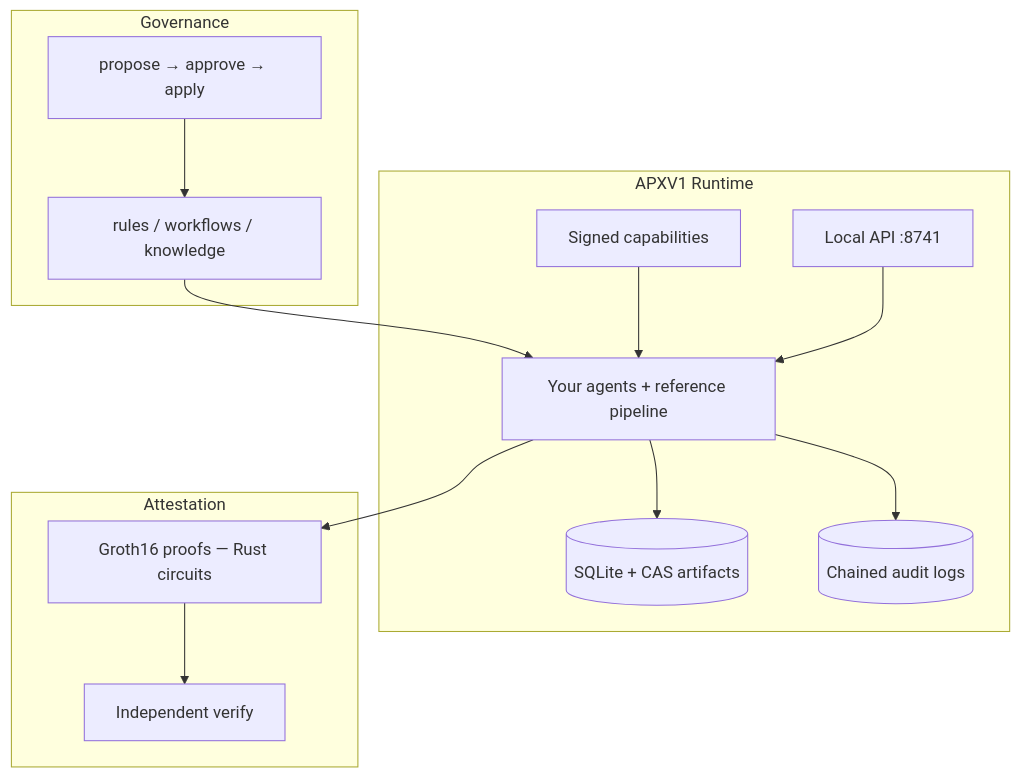
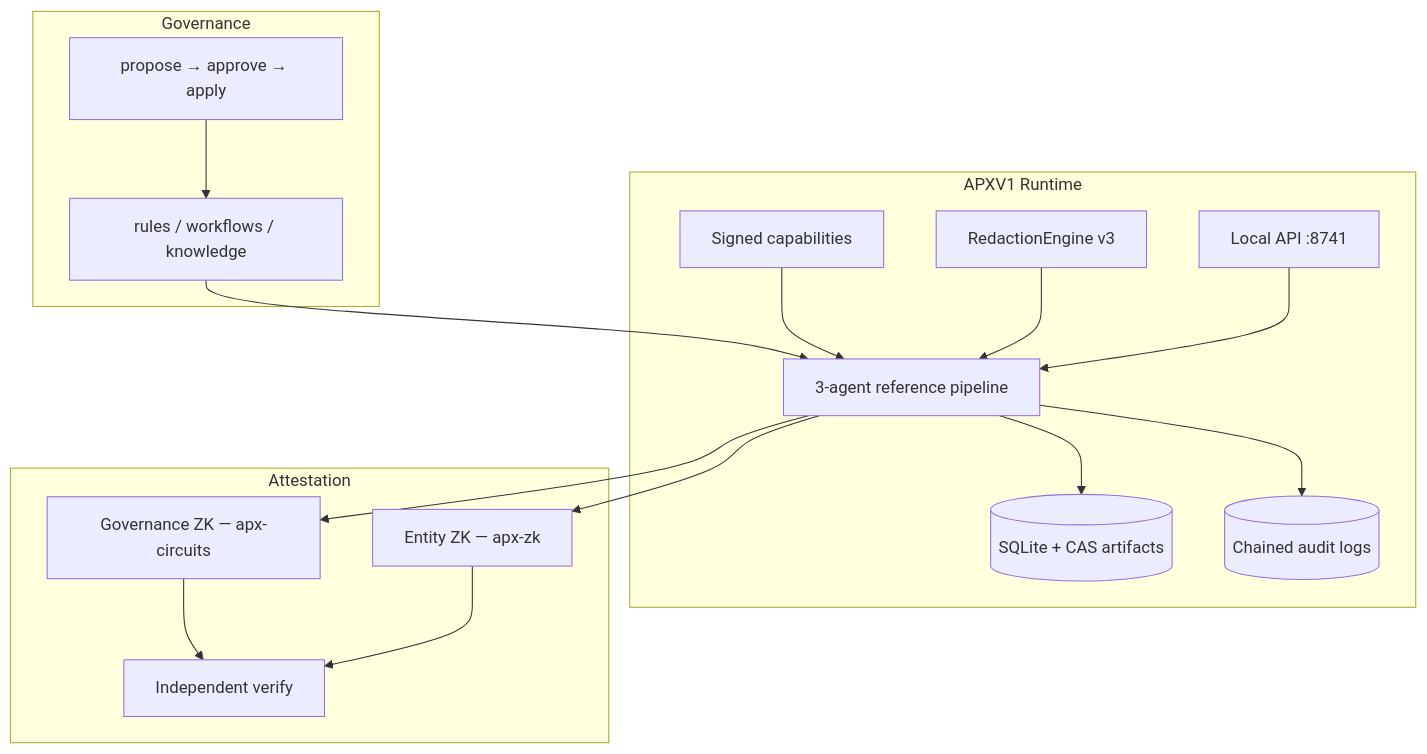
The diagram in README.md (APXV-Official/APXV), drawn with Mermaid before and after one commit. The commit also changed other lines of this file and 42 other files, not shown here.

````diff
--- a/README.md
+++ b/README.md
@@ -100,29 +112,34 @@
 ```mermaid
 flowchart TB
   subgraph governance [Governance]
     Rules[rules / workflows / knowledge]
     Approval[propose → approve → apply]
   end
 
   subgraph runtime [APXV1 Runtime]
     API[Local API :8741]
     Cap[Signed capabilities]
-    Agents[Your agents + reference pipeline]
+    Redact[RedactionEngine v3]
+    Agents[3-agent reference pipeline]
     Store[(SQLite + CAS artifacts)]
     Audit[(Chained audit logs)]
   end
 
   subgraph crypto [Attestation]
-    ZK[Groth16 proofs — Rust circuits]
+    ZKA[Governance ZK — apx-circuits]
+    ZKB[Entity ZK — apx-zk]
     Verify[Independent verify]
   end
 
   Rules --> Agents
   Approval --> Rules
   Cap --> Agents
+  Redact --> Agents
   Agents --> Store
   Agents --> Audit
-  Agents --> ZK
-  ZK --> Verify
+  Agents --> ZKA
+  Agents --> ZKB
+  ZKA --> Verify
+  ZKB --> Verify
   API --> Agents
 ```
````
